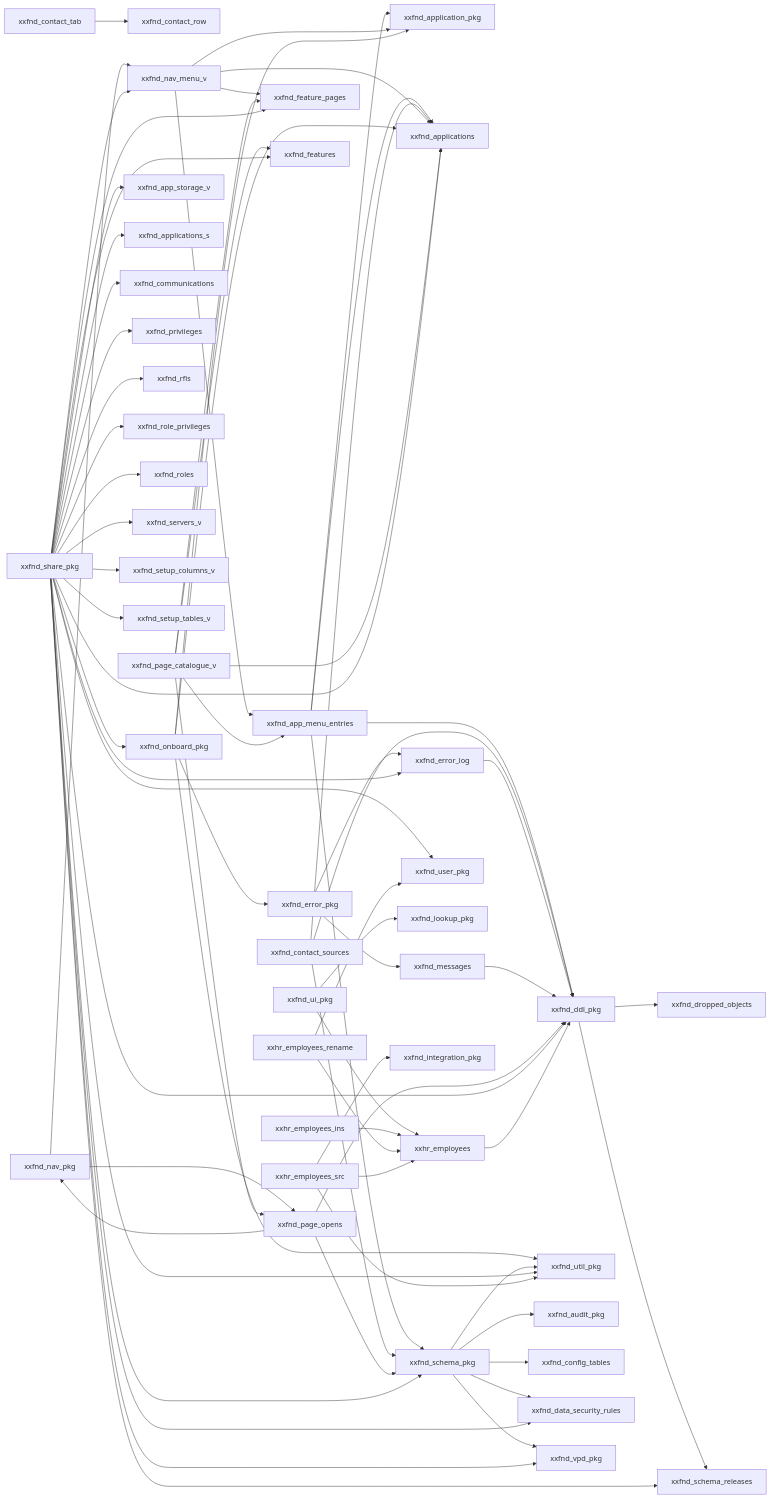
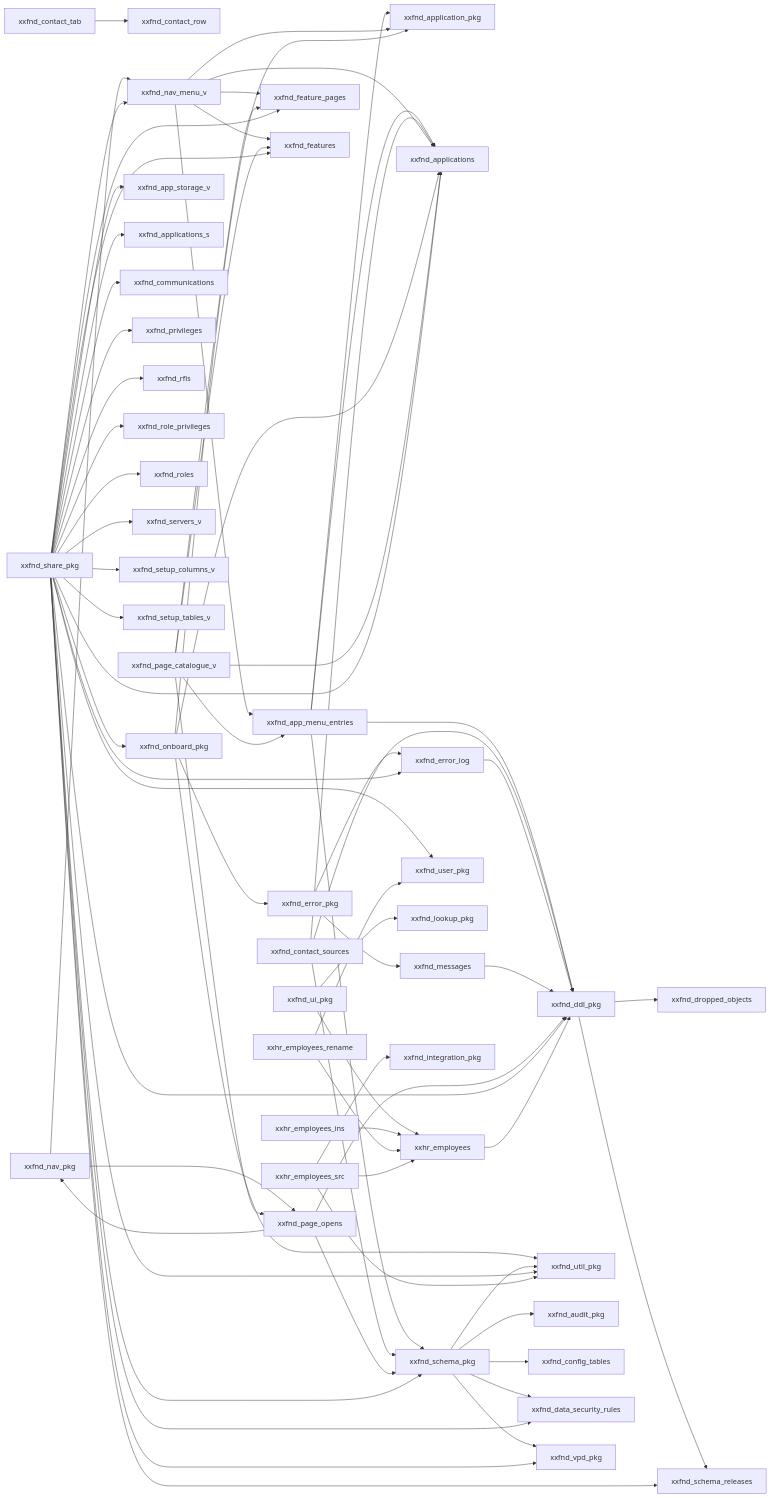
Before and after one commit to mazharr-hussain/KycReport: the diagram in repos/common/db/deploy/diagrams/framework.md, drawn with Mermaid. The commit also changed 48 other files, not shown here.

````diff
--- a/repos/common/db/deploy/diagrams/framework.md
+++ b/repos/common/db/deploy/diagrams/framework.md
@@ -3,72 +3,73 @@
 ```mermaid
 graph LR
     xxfnd_app_menu_entries --> xxfnd_application_pkg
     xxfnd_app_menu_entries --> xxfnd_applications
     xxfnd_app_menu_entries --> xxfnd_ddl_pkg
     xxfnd_app_menu_entries --> xxfnd_schema_pkg
     xxfnd_contact_sources --> xxfnd_applications
     xxfnd_contact_sources --> xxfnd_ddl_pkg
     xxfnd_contact_sources --> xxfnd_schema_pkg
     xxfnd_contact_tab --> xxfnd_contact_row
     xxfnd_ddl_pkg --> xxfnd_dropped_objects
     xxfnd_ddl_pkg --> xxfnd_schema_releases
     xxfnd_error_log --> xxfnd_ddl_pkg
     xxfnd_error_pkg --> xxfnd_error_log
     xxfnd_error_pkg --> xxfnd_messages
     xxfnd_messages --> xxfnd_ddl_pkg
     xxfnd_nav_menu_v --> xxfnd_app_menu_entries
     xxfnd_nav_menu_v --> xxfnd_application_pkg
     xxfnd_nav_menu_v --> xxfnd_applications
     xxfnd_nav_menu_v --> xxfnd_feature_pages
+    xxfnd_nav_menu_v --> xxfnd_features
     xxfnd_nav_pkg --> xxfnd_nav_menu_v
     xxfnd_nav_pkg --> xxfnd_page_opens
     xxfnd_onboard_pkg --> xxfnd_application_pkg
     xxfnd_onboard_pkg --> xxfnd_applications
     xxfnd_onboard_pkg --> xxfnd_error_pkg
     xxfnd_onboard_pkg --> xxfnd_util_pkg
     xxfnd_page_catalogue_v --> xxfnd_app_menu_entries
     xxfnd_page_catalogue_v --> xxfnd_applications
     xxfnd_page_catalogue_v --> xxfnd_feature_pages
     xxfnd_page_catalogue_v --> xxfnd_features
     xxfnd_page_catalogue_v --> xxfnd_page_opens
     xxfnd_page_opens --> xxfnd_ddl_pkg
     xxfnd_page_opens --> xxfnd_nav_pkg
     xxfnd_page_opens --> xxfnd_schema_pkg
     xxfnd_schema_pkg --> xxfnd_audit_pkg
     xxfnd_schema_pkg --> xxfnd_config_tables
     xxfnd_schema_pkg --> xxfnd_data_security_rules
     xxfnd_schema_pkg --> xxfnd_util_pkg
     xxfnd_schema_pkg --> xxfnd_vpd_pkg
     xxfnd_share_pkg --> xxfnd_app_storage_v
     xxfnd_share_pkg --> xxfnd_applications
     xxfnd_share_pkg --> xxfnd_applications_s
     xxfnd_share_pkg --> xxfnd_communications
     xxfnd_share_pkg --> xxfnd_data_security_rules
     xxfnd_share_pkg --> xxfnd_ddl_pkg
     xxfnd_share_pkg --> xxfnd_error_log
     xxfnd_share_pkg --> xxfnd_feature_pages
     xxfnd_share_pkg --> xxfnd_features
     xxfnd_share_pkg --> xxfnd_nav_menu_v
     xxfnd_share_pkg --> xxfnd_onboard_pkg
     xxfnd_share_pkg --> xxfnd_privileges
     xxfnd_share_pkg --> xxfnd_rfis
     xxfnd_share_pkg --> xxfnd_role_privileges
     xxfnd_share_pkg --> xxfnd_roles
     xxfnd_share_pkg --> xxfnd_schema_pkg
     xxfnd_share_pkg --> xxfnd_schema_releases
     xxfnd_share_pkg --> xxfnd_servers_v
     xxfnd_share_pkg --> xxfnd_setup_columns_v
     xxfnd_share_pkg --> xxfnd_setup_tables_v
     xxfnd_share_pkg --> xxfnd_user_pkg
     xxfnd_share_pkg --> xxfnd_util_pkg
     xxfnd_share_pkg --> xxfnd_vpd_pkg
     xxfnd_ui_pkg --> xxfnd_lookup_pkg
     xxfnd_ui_pkg --> xxhr_employees
     xxhr_employees --> xxfnd_ddl_pkg
     xxhr_employees_ins --> xxhr_employees
     xxhr_employees_rename --> xxfnd_user_pkg
     xxhr_employees_rename --> xxhr_employees
     xxhr_employees_src --> xxfnd_integration_pkg
     xxhr_employees_src --> xxfnd_util_pkg
     xxhr_employees_src --> xxhr_employees
 ```
````
